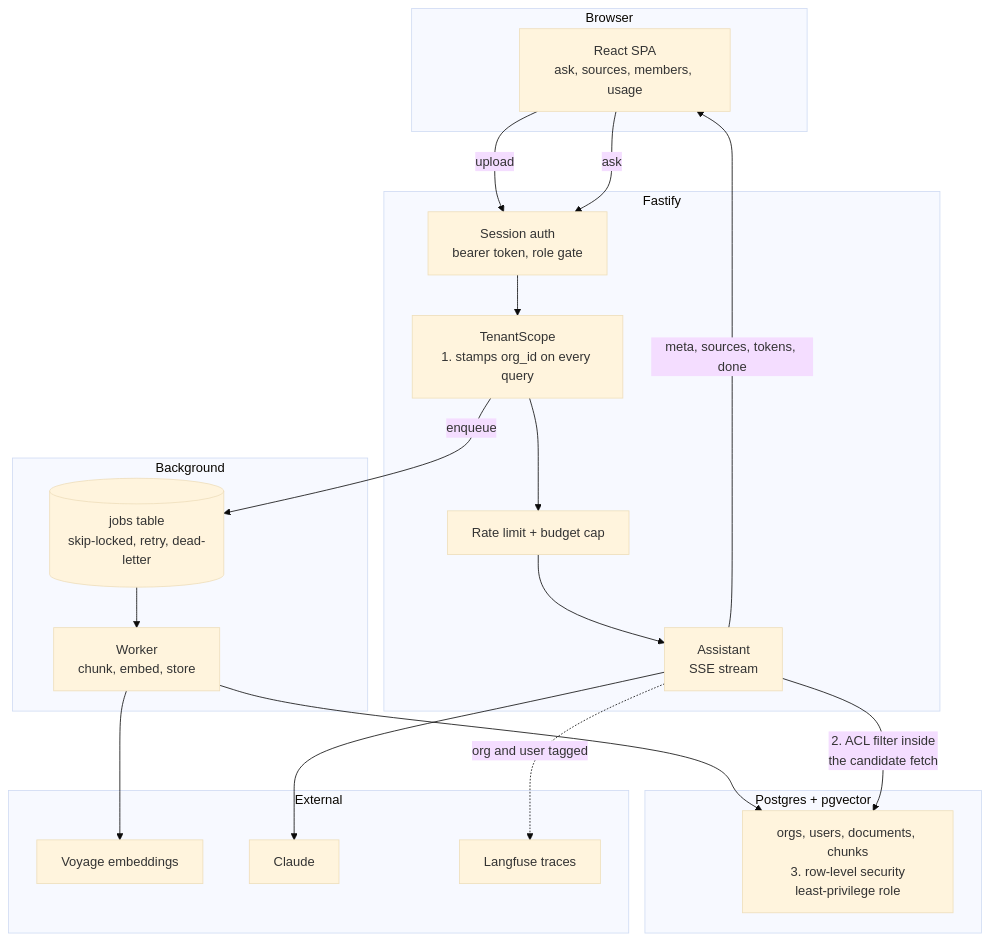
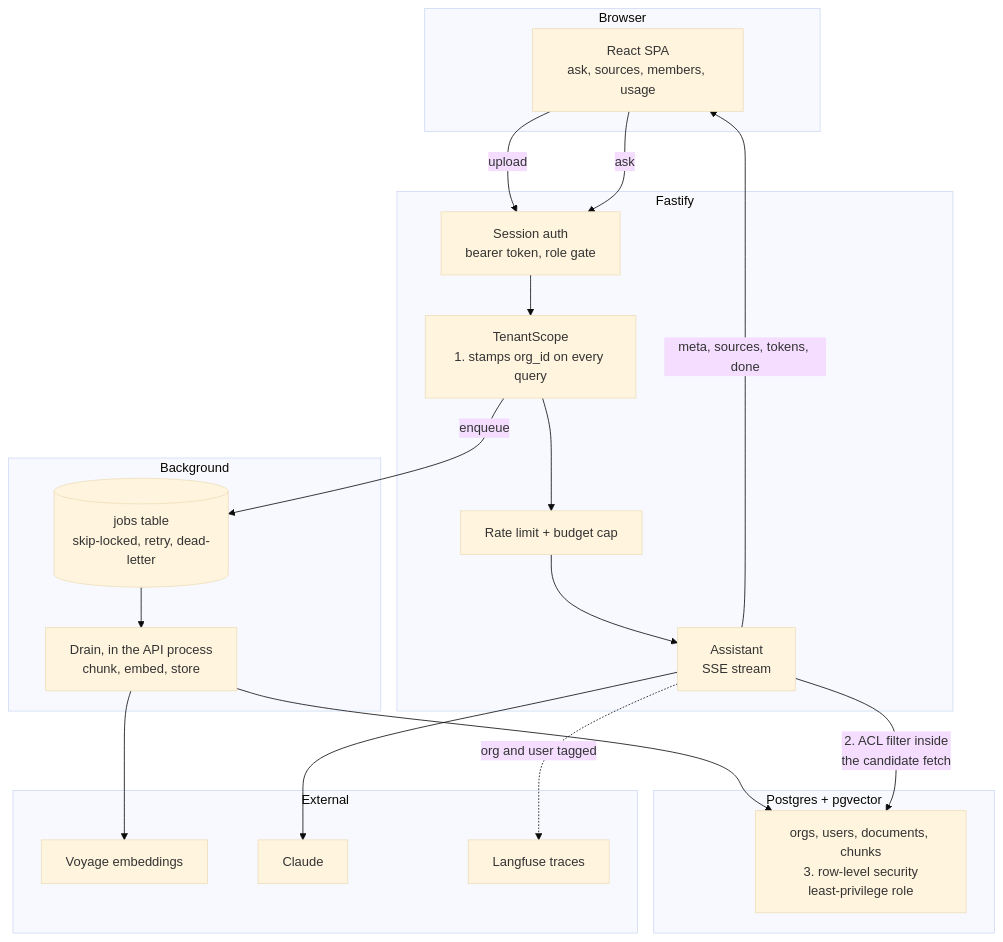
The diagram in README.md (alexvervloet/knowledge-desk-ts), drawn with Mermaid (base theme) before and after one commit. The commit also changed other lines of this file, not shown here.

Commit message:
docs(readme): the API drains the queue, there is no worker to start

````diff
--- a/README.md
+++ b/README.md
@@ -89,42 +89,42 @@
 ```mermaid
 flowchart TB
     subgraph client [Browser]
         UI[React SPA<br/>ask, sources, members, usage]
     end
 
     subgraph api [Fastify]
         AUTH[Session auth<br/>bearer token, role gate]
         SCOPE["TenantScope<br/>1. stamps org_id on every query"]
         ASK[Assistant<br/>SSE stream]
         RL[Rate limit + budget cap]
     end
 
     subgraph workers [Background]
         Q[(jobs table<br/>skip-locked, retry, dead-letter)]
-        W[Worker<br/>chunk, embed, store]
+        W[Drain, in the API process<br/>chunk, embed, store]
     end
 
     subgraph data [Postgres + pgvector]
         DB["orgs, users, documents, chunks<br/>3. row-level security<br/>least-privilege role"]
     end
 
     subgraph ext [External]
         VO[Voyage embeddings]
         CL[Claude]
         LF[Langfuse traces]
     end
 
     UI -->|upload| AUTH
     UI -->|ask| AUTH
     AUTH --> SCOPE
     SCOPE --> RL
     RL --> ASK
     SCOPE -->|enqueue| Q
     Q --> W
     W --> VO
     W --> DB
     ASK -->|"2. ACL filter inside<br/>the candidate fetch"| DB
     ASK --> CL
     ASK -.->|org and user tagged| LF
     ASK -->|"meta, sources, tokens, done"| UI
 ```
````
